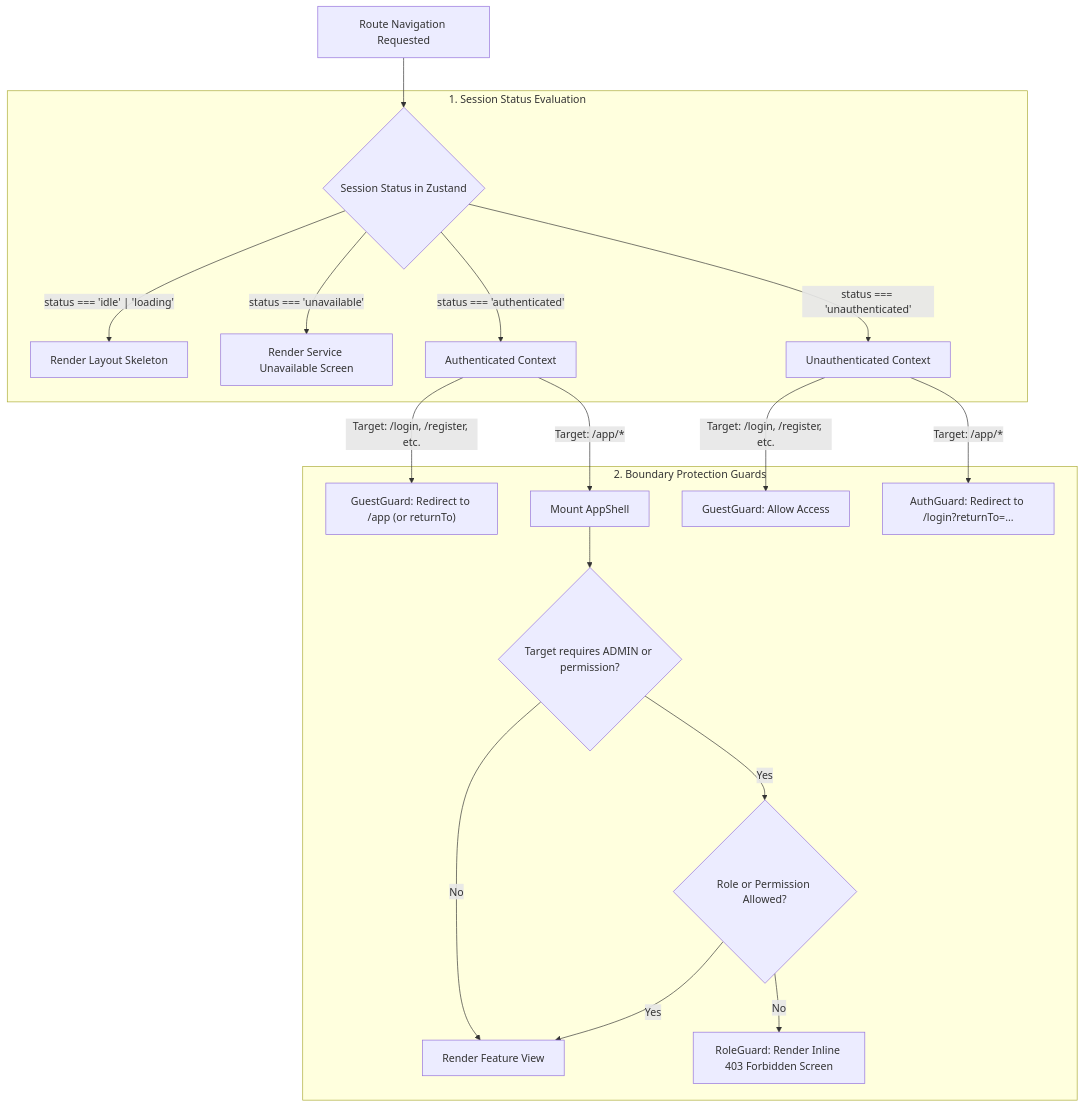
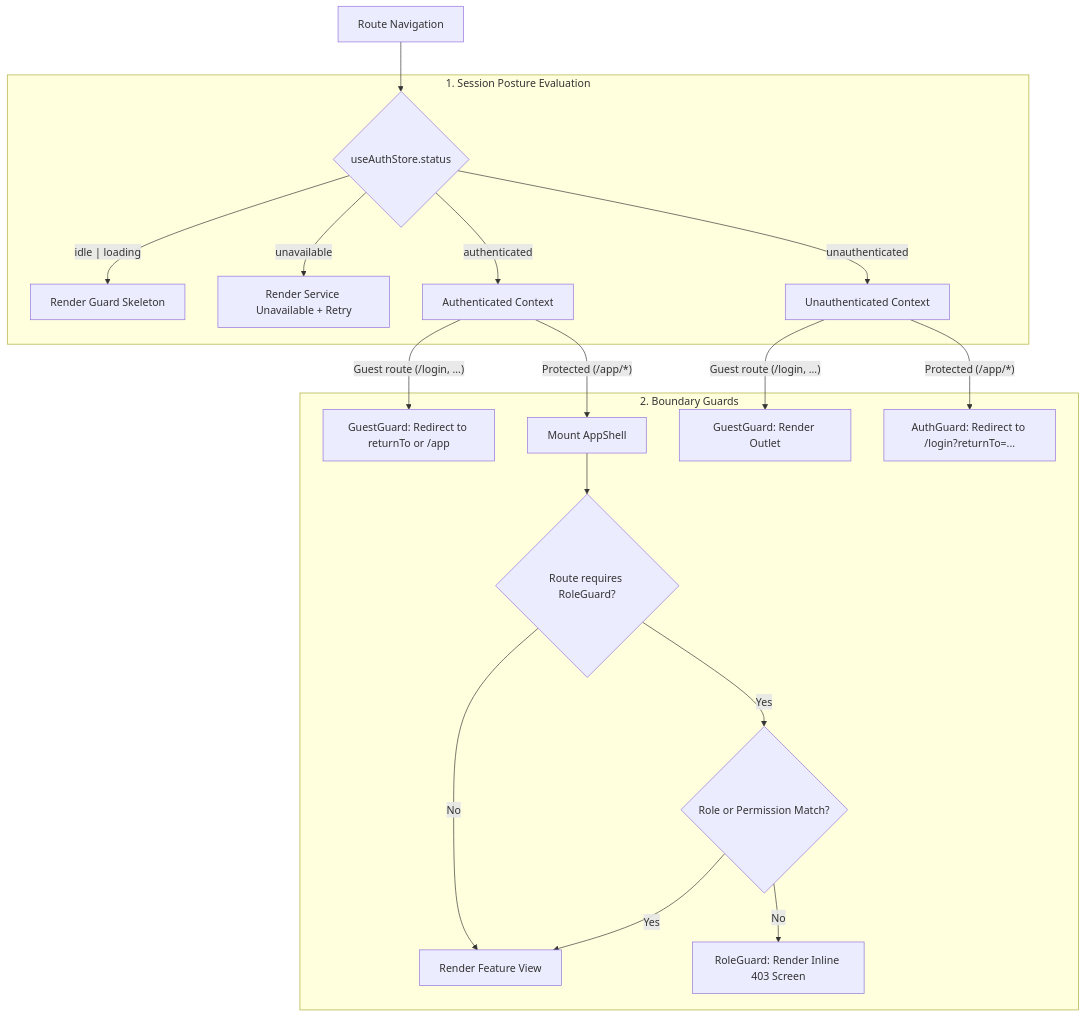
One commit to utkarshj014/authsphere changed the second of 9 diagrams in docs/FRONTEND_ARCHITECTURE.md. Above: the diagram before and after it, drawn with Mermaid. The commit also changed other lines of this file and 5 other files, not shown here.

````diff
--- a/docs/FRONTEND_ARCHITECTURE.md
+++ b/docs/FRONTEND_ARCHITECTURE.md
@@ -132,25 +127,25 @@
 ```mermaid
 flowchart TD
-    RouteRequest["Route Navigation Requested"] --> IngressGuard{"Session Status in Zustand"}
+    RouteRequest["Route Navigation"] --> IngressGuard{"useAuthStore.status"}
 
-    subgraph StatusEvaluation ["1. Session Status Evaluation"]
-        IngressGuard -->|"status === 'idle' | 'loading'"| Skeleton["Render Layout Skeleton"]
-        IngressGuard -->|"status === 'unavailable'"| OutageScreen["Render Service Unavailable Screen"]
-        IngressGuard -->|"status === 'authenticated'"| AuthEvaluated["Authenticated Context"]
-        IngressGuard -->|"status === 'unauthenticated'"| UnauthEvaluated["Unauthenticated Context"]
+    subgraph StatusEvaluation ["1. Session Posture Evaluation"]
+        IngressGuard -->|"idle | loading"| Skeleton["Render Guard Skeleton"]
+        IngressGuard -->|"unavailable"| OutageScreen["Render Service Unavailable + Retry"]
+        IngressGuard -->|"authenticated"| AuthEvaluated["Authenticated Context"]
+        IngressGuard -->|"unauthenticated"| UnauthEvaluated["Unauthenticated Context"]
     end
 
-    subgraph RouteGuards ["2. Boundary Protection Guards"]
-        UnauthEvaluated -->|"Target: /login, /register, etc."| GuestGuard["GuestGuard: Allow Access"]
-        AuthEvaluated -->|"Target: /login, /register, etc."| GuestRedirect["GuestGuard: Redirect to /app (or returnTo)"]
+    subgraph RouteGuards ["2. Boundary Guards"]
+        UnauthEvaluated -->|"Guest route (/login, ...)"| GuestGuard["GuestGuard: Render Outlet"]
+        AuthEvaluated -->|"Guest route (/login, ...)"| GuestRedirect["GuestGuard: Redirect to returnTo or /app"]
 
-        UnauthEvaluated -->|"Target: /app/*"| AuthGuard["AuthGuard: Redirect to /login?returnTo=..."]
-        AuthEvaluated -->|"Target: /app/*"| AppShellMount["Mount AppShell"]
+        UnauthEvaluated -->|"Protected (/app/*)"| AuthGuard["AuthGuard: Redirect to /login?returnTo=..."]
+        AuthEvaluated -->|"Protected (/app/*)"| AppShellMount["Mount AppShell"]
 
-        AppShellMount --> AdminCheck{"Target requires ADMIN or permission?"}
+        AppShellMount --> AdminCheck{"Route requires RoleGuard?"}
         AdminCheck -->|"No"| RenderPage["Render Feature View"]
-        AdminCheck -->|"Yes"| RoleGuard{"Role or Permission Allowed?"}
+        AdminCheck -->|"Yes"| RoleGuard{"Role or Permission Match?"}
         RoleGuard -->|"Yes"| RenderPage
-        RoleGuard -->|"No"| Inline403["RoleGuard: Render Inline 403 Forbidden Screen"]
+        RoleGuard -->|"No"| Inline403["RoleGuard: Render Inline 403 Screen"]
     end
 ```
````
